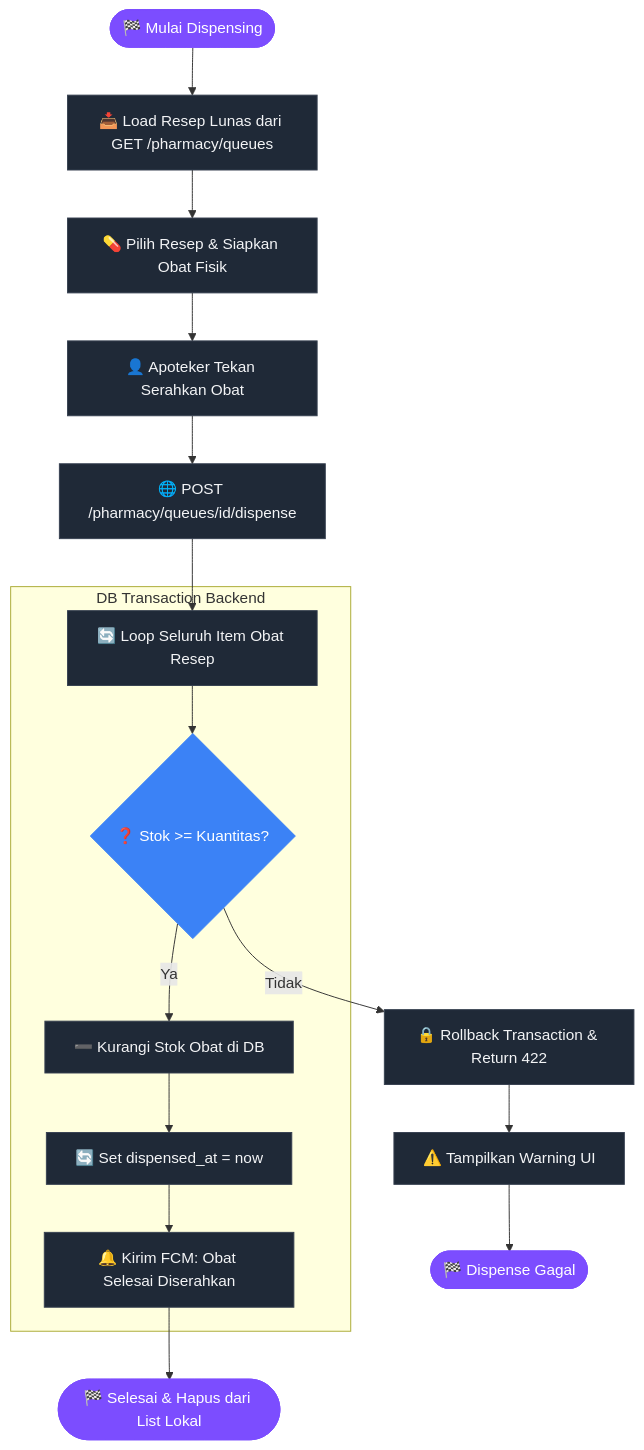
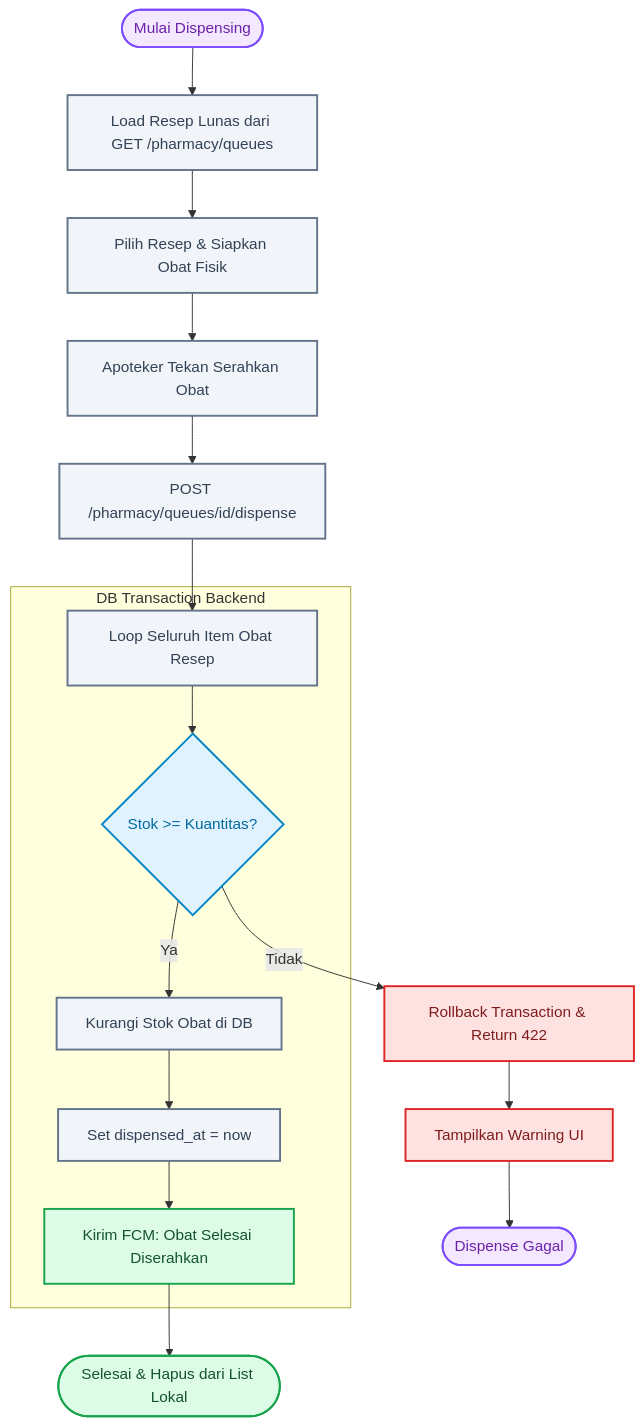
Before and after one commit to Rezi14/NalaSeva-Mobile-Test: the ninth of 10 diagrams in dokumentasi/ALUR_BISNIS.md, drawn with Mermaid. The commit also changed other lines of this file and 1 other file, not shown here.

````diff
--- a/dokumentasi/ALUR_BISNIS.md
+++ b/dokumentasi/ALUR_BISNIS.md
@@ -355,26 +371,28 @@
 ```mermaid
 flowchart TD
-    classDef default fill:#1f2937,stroke:#374151,stroke-width:1px,color:#f3f4f6;
-    classDef startEnd fill:#7c4dff,stroke:#7c4dff,color:#fff;
-    classDef decision fill:#3b82f6,stroke:#3b82f6,color:#fff;
+    classDef startEnd fill:#f3e8ff,stroke:#7c4dff,stroke-width:2px,color:#6b21a8;
+    classDef decision fill:#e0f2fe,stroke:#0284c7,stroke-width:2px,color:#0369a1;
+    classDef process fill:#f1f5f9,stroke:#64748b,stroke-width:2px,color:#334155;
+    classDef success fill:#dcfce7,stroke:#16a34a,stroke-width:2px,color:#14532d;
+    classDef fail fill:#fee2e2,stroke:#dc2626,stroke-width:2px,color:#7f1d1d;
 
-    Start([🏁 Mulai Dispensing]):::startEnd --> Load[📥 Load Resep Lunas dari GET /pharmacy/queues]
-    Load --> Select[💊 Pilih Resep & Siapkan Obat Fisik]
-    Select --> Dispense[👤 Apoteker Tekan Serahkan Obat]
-    Dispense --> API[🌐 POST /pharmacy/queues/id/dispense]
+    Start([Mulai Dispensing]):::startEnd --> Load[Load Resep Lunas dari GET /pharmacy/queues]:::process
+    Load --> Select[Pilih Resep & Siapkan Obat Fisik]:::process
+    Select --> Dispense[Apoteker Tekan Serahkan Obat]:::process
+    Dispense --> API[POST /pharmacy/queues/id/dispense]:::process
     
     subgraph DB Transaction Backend
-        DB1[🔄 Loop Seluruh Item Obat Resep]
-        DB2{"❓ Stok >= Kuantitas?"}:::decision
-        DB3[➖ Kurangi Stok Obat di DB]
-        DB4[🔄 Set dispensed_at = now]
-        DB5[🔔 Kirim FCM: Obat Selesai Diserahkan]
+        DB1[Loop Seluruh Item Obat Resep]:::process
+        DB2{"Stok >= Kuantitas?"}:::decision
+        DB3[Kurangi Stok Obat di DB]:::process
+        DB4[Set dispensed_at = now]:::process
+        DB5[Kirim FCM: Obat Selesai Diserahkan]:::success
     end
     
     API --> DB1
     DB1 --> DB2
-    DB2 -- Tidak --> Rollback[🔒 Rollback Transaction & Return 422] --> Warning[⚠️ Tampilkan Warning UI] --> EndFail([🏁 Dispense Gagal]):::startEnd
+    DB2 -- Tidak --> Rollback[Rollback Transaction & Return 422]:::fail --> Warning[Tampilkan Warning UI]:::fail --> EndFail([Dispense Gagal]):::startEnd
     DB2 -- Ya --> DB3 --> DB4 --> DB5
     
-    DB5 --> Success([🏁 Selesai & Hapus dari List Lokal]):::startEnd
+    DB5 --> Success([Selesai & Hapus dari List Lokal]):::success
 ```
````
